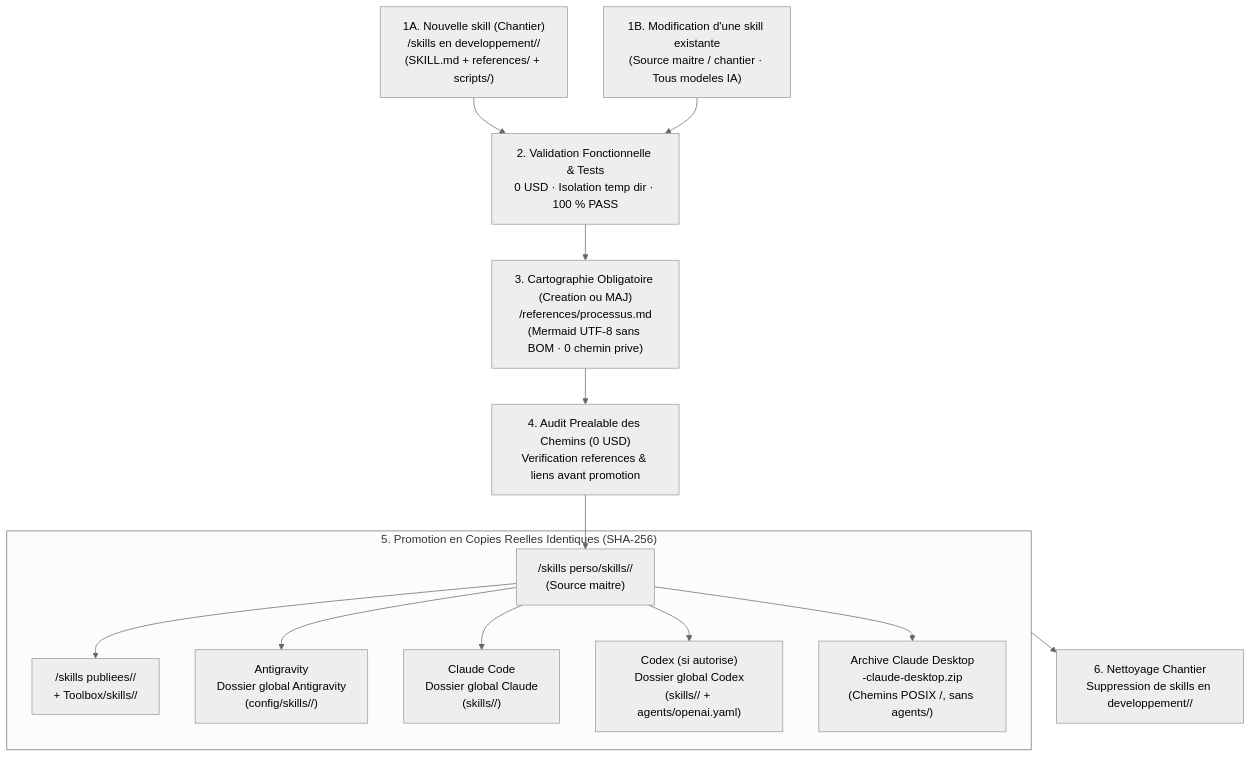
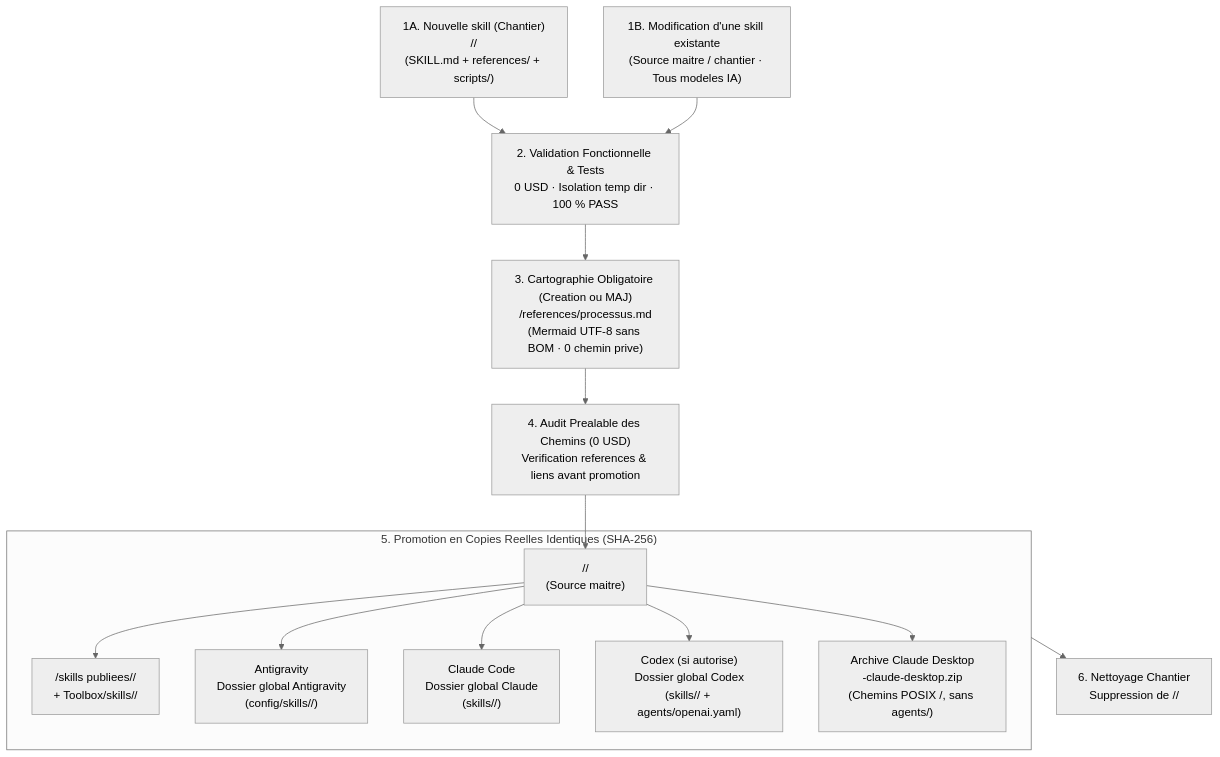
One commit to Melkyzedec/Toolbox changed the first of 2 diagrams in skills/mon-standard-skill/references/processus.md. Above: the diagram before and after it, drawn with Mermaid (neutral theme). The commit also changed other lines of this file and 16 other files, not shown here.

````diff
--- a/skills/mon-standard-skill/references/processus.md
+++ b/skills/mon-standard-skill/references/processus.md
@@ -9,30 +9,30 @@
 ```mermaid
 flowchart TB
-    DEV["1A. Nouvelle skill (Chantier)\n<projets-root>/skills en developpement/<nom>/\n(SKILL.md + references/ + scripts/)"]
+    DEV["1A. Nouvelle skill (Chantier)\n<zone-chantier>/<nom>/\n(SKILL.md + references/ + scripts/)"]
     MOD["1B. Modification d'une skill existante\n(Source maitre / chantier · Tous modeles IA)"]
     TESTS["2. Validation Fonctionnelle & Tests\n0 USD · Isolation temp dir · 100 % PASS"]
     MAP["3. Cartographie Obligatoire (Creation ou MAJ)\n<dossier-skill>/references/processus.md\n(Mermaid UTF-8 sans BOM · 0 chemin prive)"]
     AUDIT["4. Audit Prealable des Chemins (0 USD)\nVerification references & liens avant promotion"]
 
     subgraph Promo["5. Promotion en Copies Reelles Identiques (SHA-256)"]
-        PERSO["<projets-root>/skills perso/skills/<nom>/\n(Source maitre)"]
+        PERSO["<catalogue-personnel>/<nom>/\n(Source maitre)"]
         PUB["<projets-root>/skills publiees/<nom>/\n+ Toolbox/skills/<nom>/"]
         AGY["Antigravity\nDossier global Antigravity\n(config/skills/<nom>/)"]
         CLAUDE["Claude Code\nDossier global Claude\n(skills/<nom>/)"]
         CODEX["Codex (si autorise)\nDossier global Codex\n(skills/<nom>/ + agents/openai.yaml)"]
         ZIP["Archive Claude Desktop\n<nom>-claude-desktop.zip\n(Chemins POSIX /, sans agents/)"]
     end
 
-    CLEAN["6. Nettoyage Chantier\nSuppression de skills en developpement/<nom>/"]
+    CLEAN["6. Nettoyage Chantier\nSuppression de <zone-chantier>/<nom>/"]
 
     DEV --> TESTS
     MOD --> TESTS
     TESTS --> MAP --> AUDIT
     AUDIT --> PERSO
     PERSO --> PUB
     PERSO --> AGY
     PERSO --> CLAUDE
     PERSO --> CODEX
     PERSO --> ZIP
     Promo --> CLEAN
 ```
````
